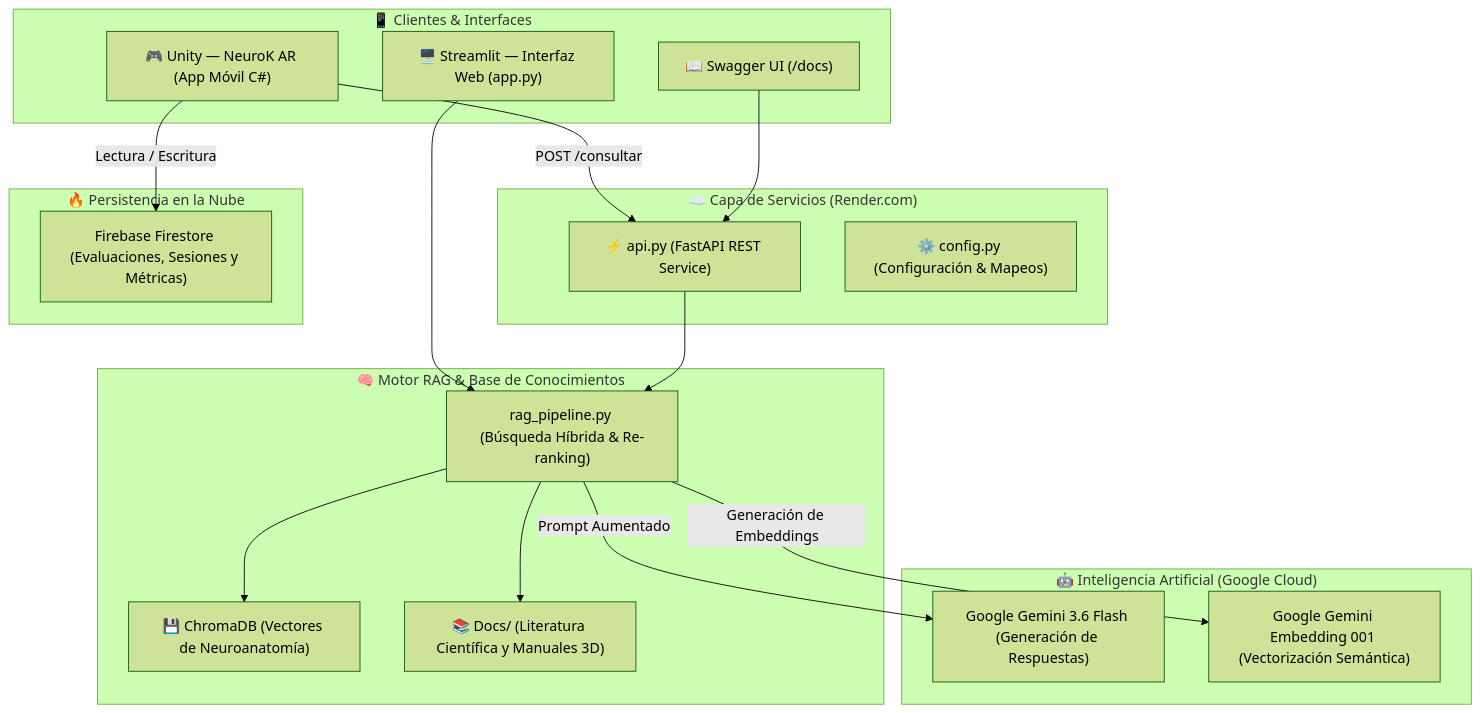
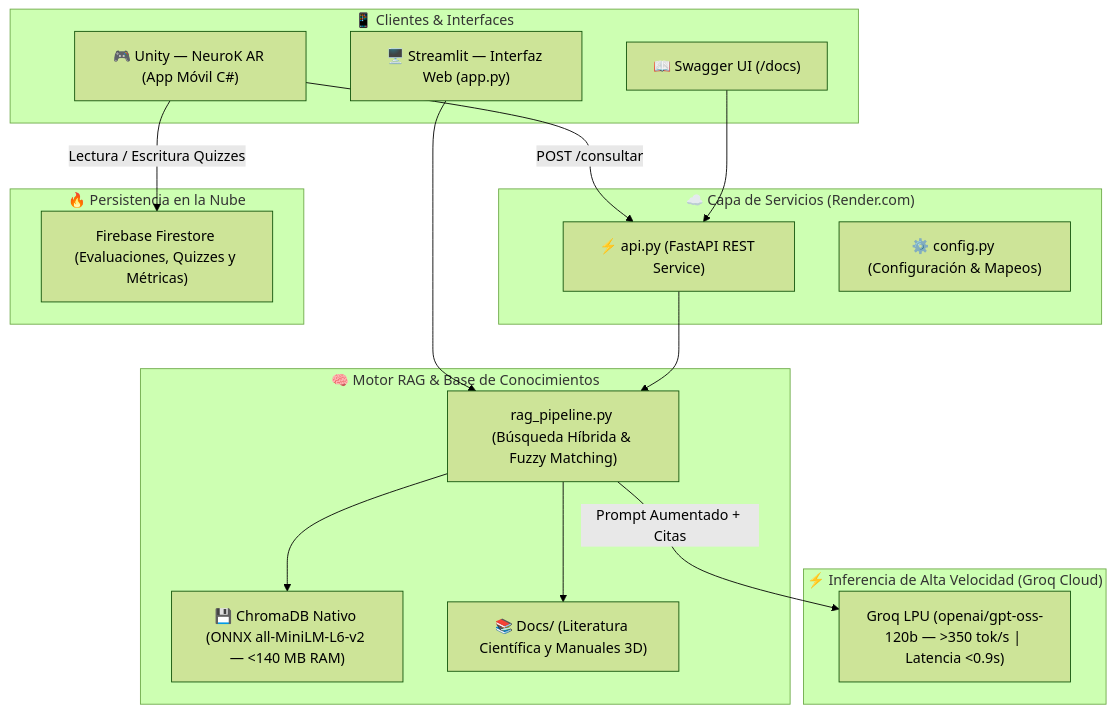
Before and after one commit to Vivi271/Atena: the diagram in README.md, drawn with Mermaid (forest theme). The commit also changed other lines of this file and 4 other files, not shown here.

Commit message:
docs: actualizar manuales e informe tecnico con arquitectura definitiva Groq LPU y ONNX Runtime

````diff
--- a/README.md
+++ b/README.md
@@ -22,38 +27,36 @@
 ```mermaid
 flowchart TD
     subgraph Clientes ["📱 Clientes & Interfaces"]
         UNITY["🎮 Unity — NeuroK AR (App Móvil C#)"]
         WEB["🖥️ Streamlit — Interfaz Web (app.py)"]
         DOCS_UI["📖 Swagger UI (/docs)"]
     end
 
     subgraph API_Layer ["☁️ Capa de Servicios (Render.com)"]
         API["⚡ api.py (FastAPI REST Service)"]
         CONF["⚙️ config.py (Configuración & Mapeos)"]
     end
 
     subgraph RAG_Engine ["🧠 Motor RAG & Base de Conocimientos"]
-        RAG["rag_pipeline.py (Búsqueda Híbrida & Re-ranking)"]
-        CHROMA["💾 ChromaDB (Vectores de Neuroanatomía)"]
+        RAG["rag_pipeline.py (Búsqueda Híbrida & Fuzzy Matching)"]
+        CHROMA["💾 ChromaDB Nativo (ONNX all-MiniLM-L6-v2 — <140 MB RAM)"]
         DOCS["📚 Docs/ (Literatura Científica y Manuales 3D)"]
     end
 
-    subgraph AI_Cloud ["🤖 Inteligencia Artificial (Google Cloud)"]
-        LLM["Google Gemini 3.6 Flash (Generación de Respuestas)"]
-        EMB["Google Gemini Embedding 001 (Vectorización Semántica)"]
+    subgraph AI_Cloud ["⚡ Inferencia de Alta Velocidad (Groq Cloud)"]
+        LLM["Groq LPU (openai/gpt-oss-120b — >350 tok/s | Latencia <0.9s)"]
     end
 
     subgraph Persistence ["🔥 Persistencia en la Nube"]
-        FIREBASE["Firebase Firestore (Evaluaciones, Sesiones y Métricas)"]
+        FIREBASE["Firebase Firestore (Evaluaciones, Quizzes y Métricas)"]
     end
 
     UNITY -->|POST /consultar| API
-    UNITY -->|Lectura / Escritura| FIREBASE
+    UNITY -->|Lectura / Escritura Quizzes| FIREBASE
     WEB --> RAG
     DOCS_UI --> API
     API --> RAG
     RAG --> CHROMA
     RAG --> DOCS
-    RAG -->|Prompt Aumentado| LLM
-    RAG -->|Generación de Embeddings| EMB
+    RAG -->|Prompt Aumentado + Citas| LLM
 ```
````
